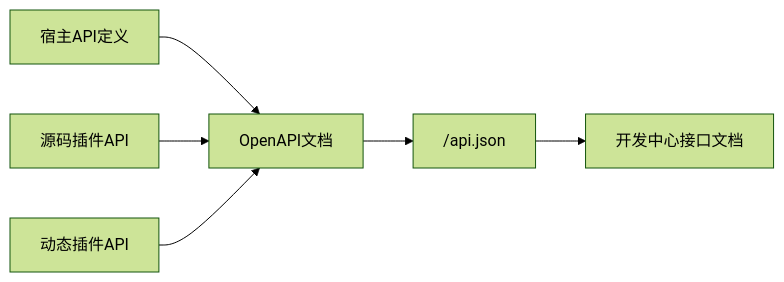
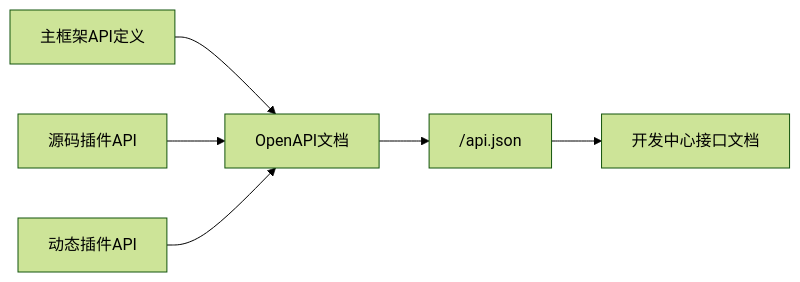
The diagram in apps/lina-site/docs/docs/2000-components/3000-core-host.md (linaproai/linapro-site), drawn with Mermaid (forest theme) before and after one commit. The commit also changed other lines of this file and 93 other files, not shown here.

````diff
--- a/apps/lina-site/docs/docs/2000-components/3000-core-host.md
+++ b/apps/lina-site/docs/docs/2000-components/3000-core-host.md
@@ -158,8 +158,8 @@
 ```mermaid
 flowchart LR
-    Host["宿主API定义"] --> Doc["OpenAPI文档"]
+    Host["主框架API定义"] --> Doc["OpenAPI文档"]
     Source["源码插件API"] --> Doc
     Dynamic["动态插件API"] --> Doc
     Doc --> JSON["/api.json"]
     JSON --> Workbench["开发中心接口文档"]
 ```
````
